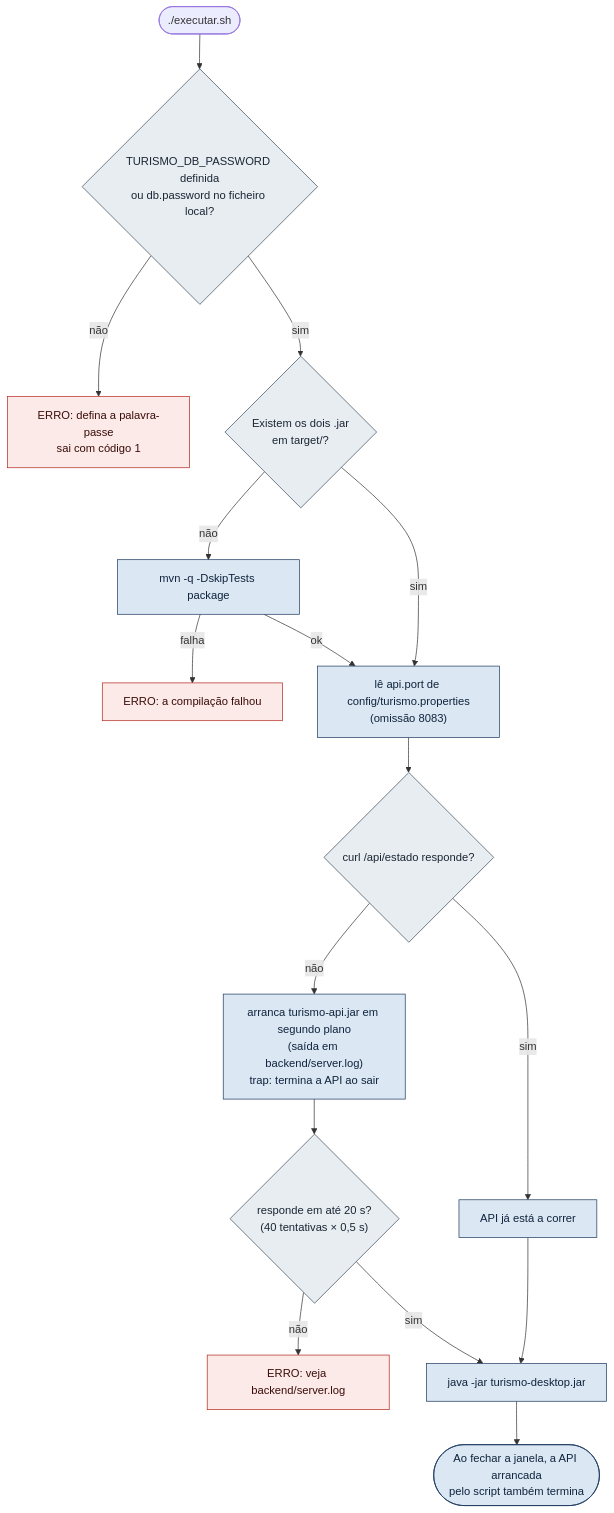
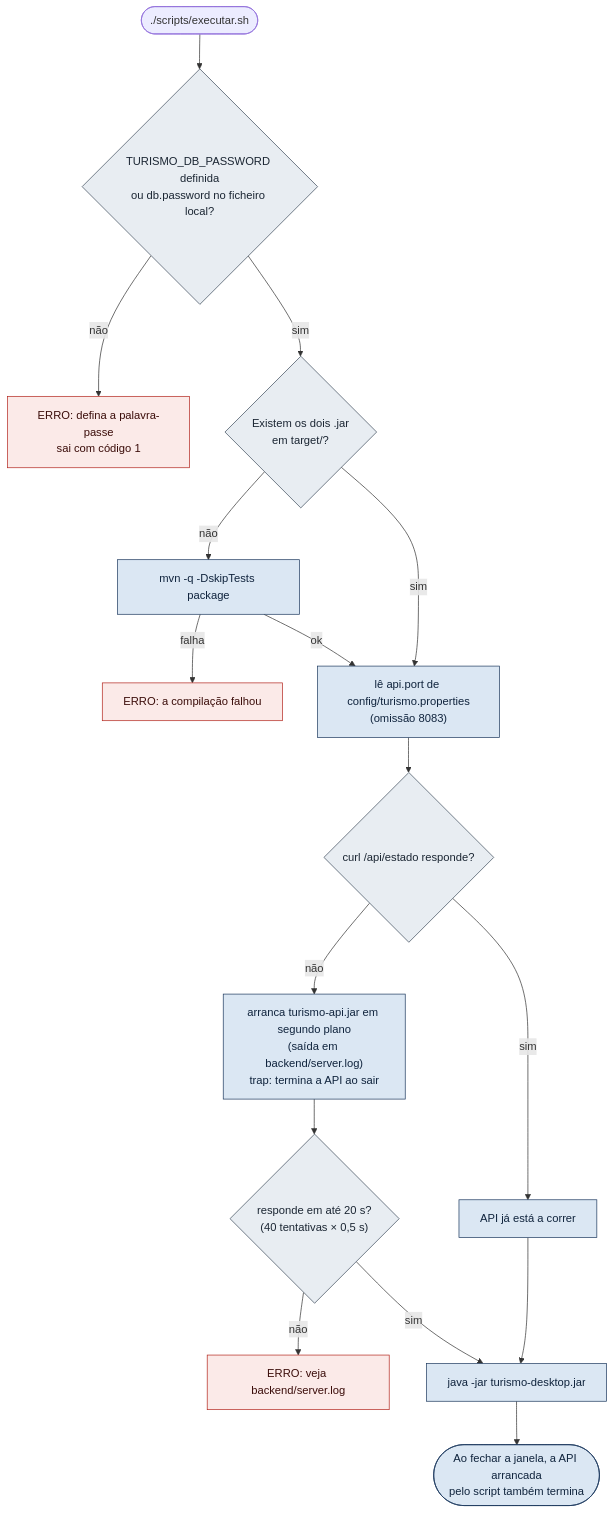
One commit to devyosef07/Trabalho_Gestao_Turismo changed the ninth of 19 diagrams in documents/README.md. Above: the diagram before and after it, drawn with Mermaid. The commit also changed other lines of this file and 89 other files, not shown here.

````diff
--- a/documents/README.md
+++ b/documents/README.md
@@ -2188,25 +2347,25 @@
 ```mermaid
 flowchart TD
-    A(["./executar.sh"]) --> B{"TURISMO_DB_PASSWORD definida<br/>ou db.password no ficheiro local?"}
+    A(["./scripts/executar.sh"]) --> B{"TURISMO_DB_PASSWORD definida<br/>ou db.password no ficheiro local?"}
     B -->|"não"| X1["ERRO: defina a palavra-passe<br/>sai com código 1"]
     B -->|"sim"| C{"Existem os dois .jar<br/>em target/?"}
     C -->|"não"| D["mvn -q -DskipTests package"]
     D -->|"falha"| X2["ERRO: a compilação falhou"]
     D -->|"ok"| E
     C -->|"sim"| E["lê api.port de config/turismo.properties<br/>(omissão 8083)"]
     E --> F{"curl /api/estado responde?"}
     F -->|"sim"| G["API já está a correr"]
     F -->|"não"| H["arranca turismo-api.jar em segundo plano<br/>(saída em backend/server.log)<br/>trap: termina a API ao sair"]
     H --> I{"responde em até 20 s?<br/>(40 tentativas × 0,5 s)"}
     I -->|"não"| X3["ERRO: veja backend/server.log"]
     I -->|"sim"| J
     G --> J["java -jar turismo-desktop.jar"]
     J --> K(["Ao fechar a janela, a API arrancada<br/>pelo script também termina"])
 
     classDef err fill:#fbeae8,stroke:#b3261e,color:#3b0d0a
     classDef ok fill:#dbe7f3,stroke:#1e3a5f,color:#10243d
     classDef dec fill:#e8edf2,stroke:#3b4a5a,color:#1b2633
     class X1,X2,X3 err
     class D,E,G,H,J,K ok
     class B,C,F,I dec
 ```
````
